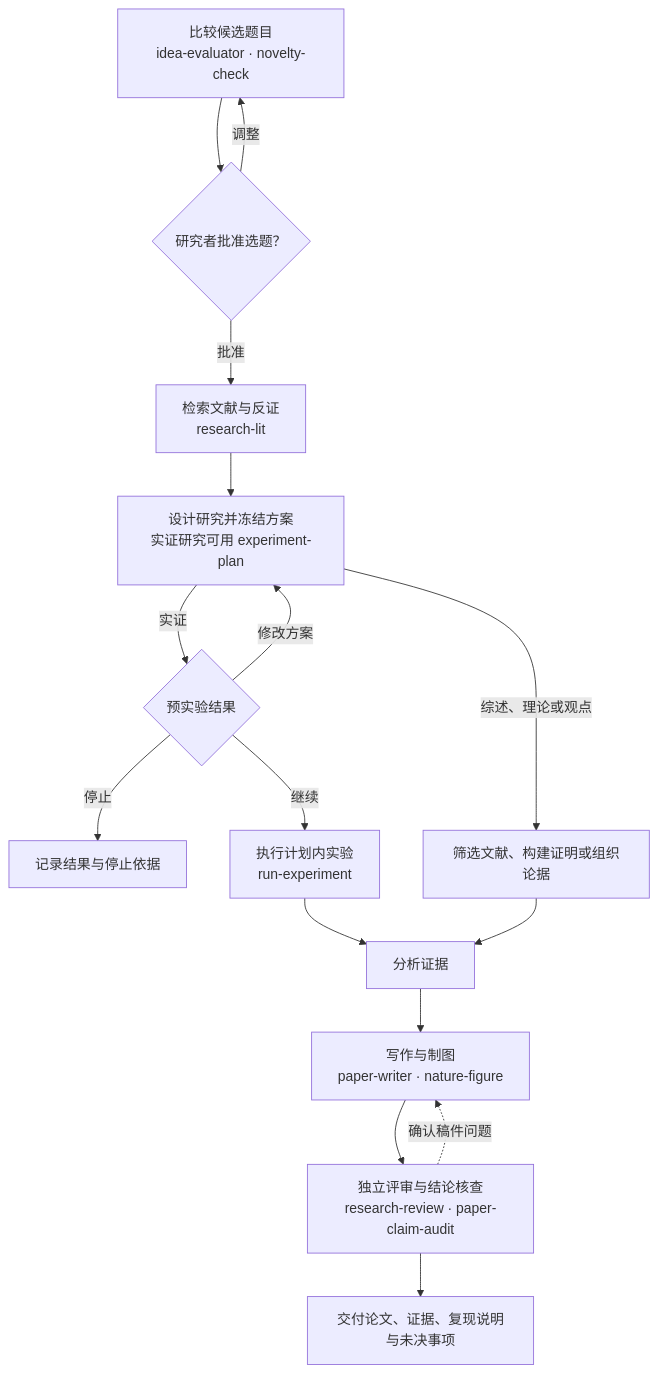
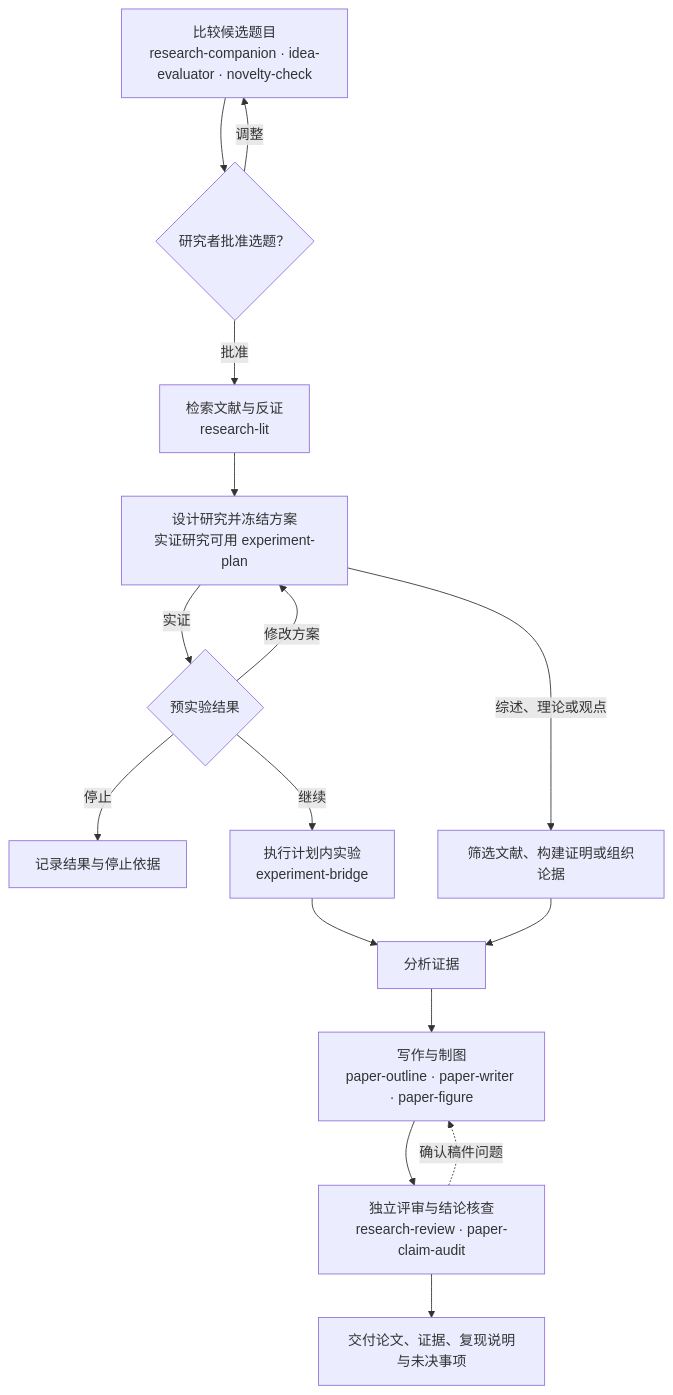
The diagram in README_CN.md (AfonsoZhang/Novum), drawn with Mermaid before and after one commit. The commit also changed other lines of this file and 421 other files, not shown here.

````diff
--- a/README_CN.md
+++ b/README_CN.md
@@ -44,18 +44,18 @@
 ```mermaid
 flowchart TD
-    T["比较候选题目<br/>idea-evaluator · novelty-check"] --> H{"研究者批准选题？"}
+    T["比较候选题目<br/>research-companion · idea-evaluator · novelty-check"] --> H{"研究者批准选题？"}
     H -->|调整| T
     H -->|批准| L["检索文献与反证<br/>research-lit"]
     L --> P["设计研究并冻结方案<br/>实证研究可用 experiment-plan"]
     P -->|实证| G{"预实验结果"}
     G -->|修改方案| P
     G -->|停止| S["记录结果与停止依据"]
-    G -->|继续| E["执行计划内实验<br/>run-experiment"]
+    G -->|继续| E["执行计划内实验<br/>experiment-bridge"]
     P -->|综述、理论或观点| Q["筛选文献、构建证明或组织论据"]
     E --> A["分析证据"]
     Q --> A
-    A --> W["写作与制图<br/>paper-writer · nature-figure"]
+    A --> W["写作与制图<br/>paper-outline · paper-writer · paper-figure"]
     W --> R["独立评审与结论核查<br/>research-review · paper-claim-audit"]
     R -.->|确认稿件问题| W
     R --> D["交付论文、证据、复现说明与未决事项"]
 ```
````
